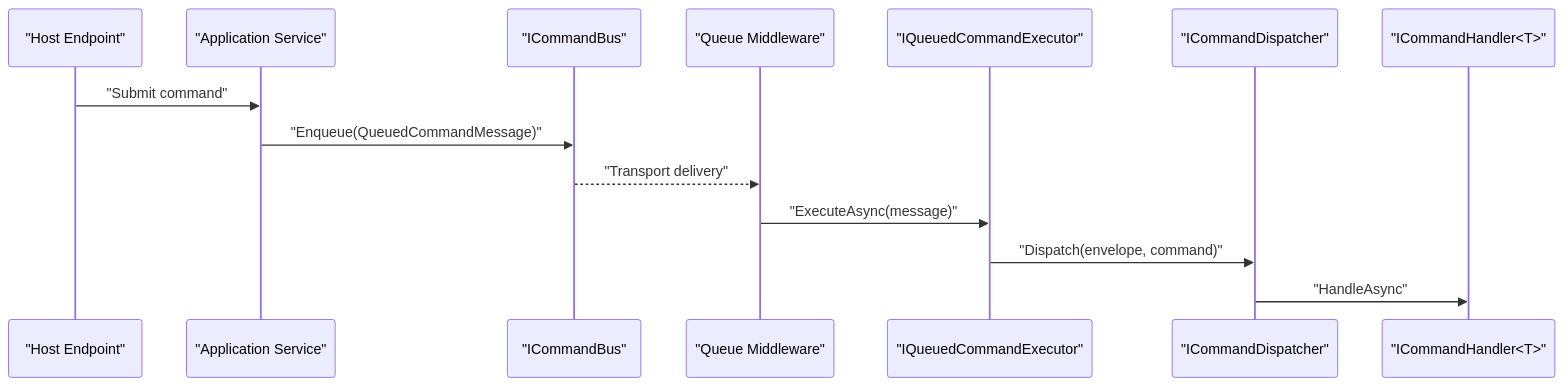
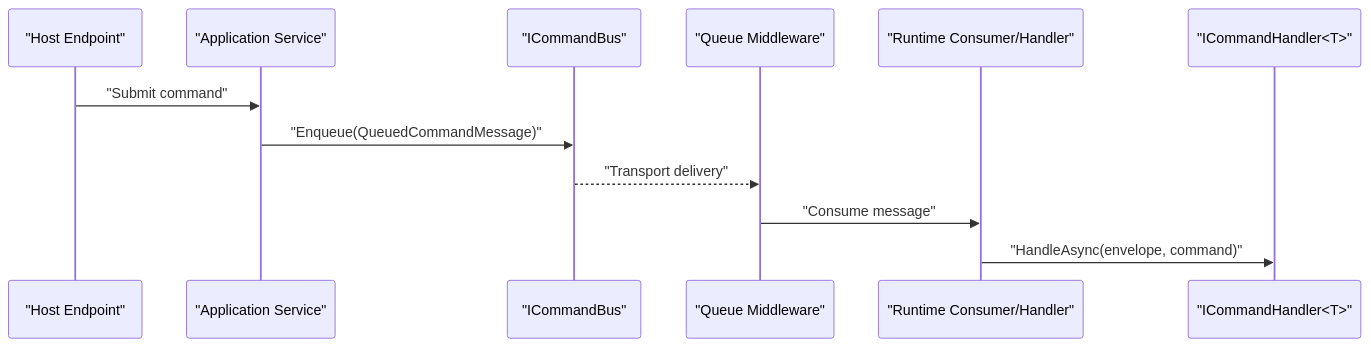
The third of 5 diagrams in docs/CQRS_ARCHITECTURE.md (aevatarAI/aevatar), drawn with Mermaid before and after one commit. The commit also changed other lines of this file and 42 other files, not shown here.

````diff
--- a/docs/CQRS_ARCHITECTURE.md
+++ b/docs/CQRS_ARCHITECTURE.md
@@ -90,18 +85,16 @@
 ```mermaid
 %%{init: {"maxTextSize": 100000, "flowchart": {"useMaxWidth": false, "nodeSpacing": 10, "rankSpacing": 50}, "themeVariables": {"fontSize": "10px"}}}%%
 sequenceDiagram
   participant API as "Host Endpoint"
   participant APP as "Application Service"
   participant BUS as "ICommandBus"
   participant Q as "Queue Middleware"
-  participant EXE as "IQueuedCommandExecutor"
-  participant DSP as "ICommandDispatcher"
+  participant CON as "Runtime Consumer/Handler"
   participant HND as "ICommandHandler<T>"
 
   API->>APP: "Submit command"
   APP->>BUS: "Enqueue(QueuedCommandMessage)"
   BUS-->>Q: "Transport delivery"
-  Q->>EXE: "ExecuteAsync(message)"
-  EXE->>DSP: "Dispatch(envelope, command)"
-  DSP->>HND: "HandleAsync"
+  Q->>CON: "Consume message"
+  CON->>HND: "HandleAsync(envelope, command)"
 ```
````
